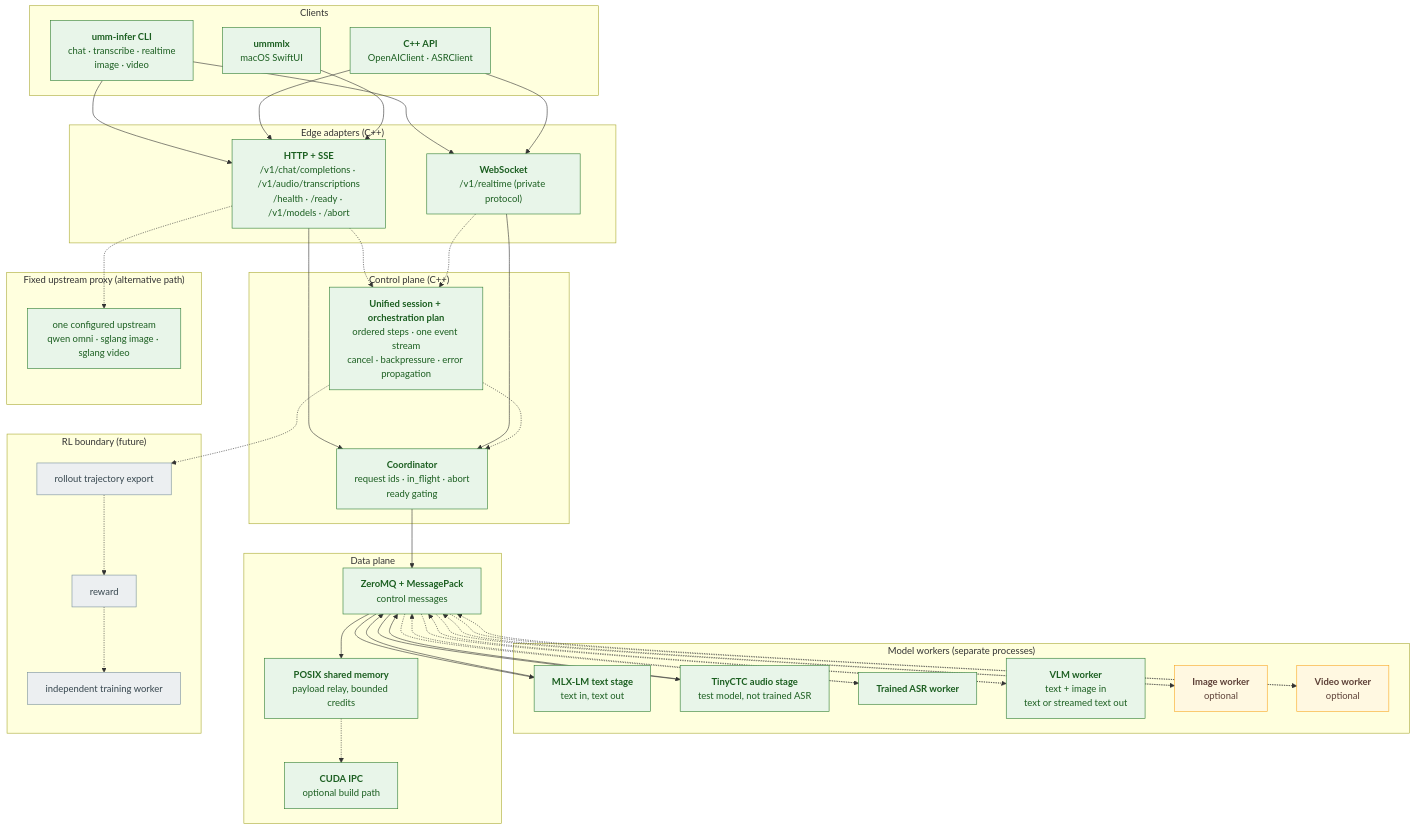
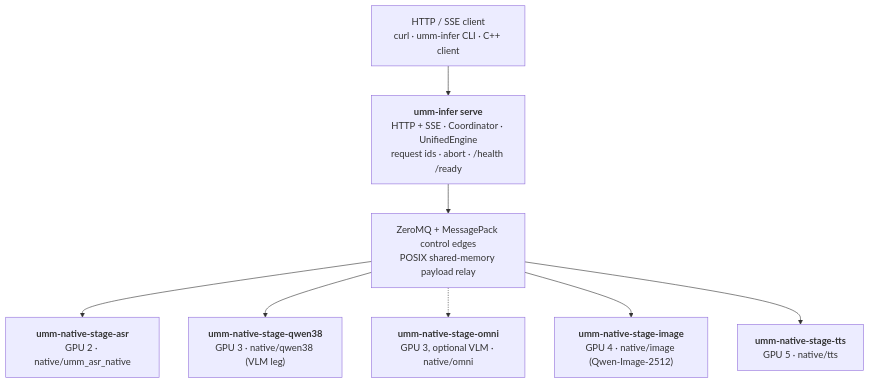
The diagram in README.md (thinkseek/ummInfer), drawn with Mermaid before and after one commit. The commit also changed other lines of this file, not shown here.

First line of the commit message:
Rewrite README for the native-only serving path

````diff
--- a/README.md
+++ b/README.md
@@ -29,86 +11,20 @@
 ```mermaid
 flowchart TB
-  subgraph clients["Clients"]
-    CLI["<b>umm-infer CLI</b><br/>chat · transcribe · realtime<br/>image · video"]
-    CPP["<b>C++ API</b><br/>OpenAIClient · ASRClient"]
-    SWIFT["<b>ummmlx</b><br/>macOS SwiftUI"]
-  end
+  CLIENT["HTTP / SSE client<br/>curl · umm-infer CLI · C++ client"]
+  SERVER["<b>umm-infer serve</b><br/>HTTP + SSE · Coordinator · UnifiedEngine<br/>request ids · abort · /health /ready"]
+  ZMQ["ZeroMQ + MessagePack control edges<br/>POSIX shared-memory payload relay"]
 
-  subgraph edge["Edge adapters (C++)"]
-    HTTP["<b>HTTP + SSE</b><br/>/v1/chat/completions · /v1/audio/transcriptions<br/>/health · /ready · /v1/models · /abort"]
-    WS["<b>WebSocket</b><br/>/v1/realtime (private protocol)"]
-  end
+  ASRG["<b>umm-native-stage-asr</b><br/>GPU 2 · native/umm_asr_native"]
+  VLM["<b>umm-native-stage-qwen38</b><br/>GPU 3 · native/qwen38 (VLM leg)"]
+  OMNI["<b>umm-native-stage-omni</b><br/>GPU 3, optional VLM · native/omni"]
+  IMGG["<b>umm-native-stage-image</b><br/>GPU 4 · native/image (Qwen-Image-2512)"]
+  TTSG["<b>umm-native-stage-tts</b><br/>GPU 5 · native/tts"]
 
-  subgraph control["Control plane (C++)"]
-    SESSION["<b>Unified session + orchestration plan</b><br/>ordered steps · one event stream<br/>cancel · backpressure · error propagation"]
-    COORD["<b>Coordinator</b><br/>request ids · in_flight · abort<br/>ready gating"]
-  end
-
-  subgraph workers["Model workers (separate processes)"]
-    MLXW["<b>MLX-LM text stage</b><br/>text in, text out"]
-    TCTCW["<b>TinyCTC audio stage</b><br/>test model, not trained ASR"]
-    ASRW["<b>Trained ASR worker</b>"]
-    VLMW["<b>VLM worker</b><br/>text + image in<br/>text or streamed text out"]
-    IMGW["<b>Image worker</b><br/>optional"]
-    VIDW["<b>Video worker</b><br/>optional"]
-  end
-
-  subgraph data["Data plane"]
-    ZMQ["<b>ZeroMQ + MessagePack</b><br/>control messages"]
-    SHM["<b>POSIX shared memory</b><br/>payload relay, bounded credits"]
-    CUDA["<b>CUDA IPC</b><br/>optional build path"]
-  end
-
-  subgraph upstream["Fixed upstream proxy (alternative path)"]
-    UP["one configured upstream<br/>qwen omni · sglang image · sglang video"]
-  end
-
-  subgraph rl["RL boundary (future)"]
-    EXPORT["rollout trajectory export"]
-    REWARD["reward"]
-    TRAIN["independent training worker"]
-  end
-
-  CLI --> HTTP
-  CLI --> WS
-  CPP --> HTTP
-  CPP --> WS
-  SWIFT --> HTTP
-
-  HTTP --> COORD
-  WS --> COORD
-  HTTP -.-> SESSION
-  WS -.-> SESSION
-  SESSION -.-> COORD
-  COORD --> ZMQ
-
-  ZMQ --> MLXW
-  ZMQ --> TCTCW
-  MLXW --> ZMQ
-  TCTCW --> ZMQ
-
-  ZMQ -.-> ASRW
-  ZMQ -.-> VLMW
-  ZMQ -.-> IMGW
-  ZMQ -.-> VIDW
-  ASRW -.-> ZMQ
-  VLMW -.-> ZMQ
-  IMGW -.-> ZMQ
-  VIDW -.-> ZMQ
-
-  ZMQ --> SHM
-  SHM -.-> CUDA
-
-  HTTP -.-> UP
-  SESSION -.-> EXPORT
-  EXPORT -.-> REWARD
-  REWARD -.-> TRAIN
-
-  classDef done fill:#e8f5e9,stroke:#2e7d32,color:#1b5e20
-  classDef plan fill:#fff8e1,stroke:#f9a825,color:#5d4037
-  classDef future fill:#eceff1,stroke:#78909c,color:#37474f
-
-  class CLI,CPP,SWIFT,HTTP,WS,COORD,ZMQ,SHM,CUDA,UP,MLXW,TCTCW,SESSION,ASRW,VLMW done
-  class IMGW,VIDW plan
-  class EXPORT,REWARD,TRAIN future
+  CLIENT --> SERVER
+  SERVER --> ZMQ
+  ZMQ --> ASRG
+  ZMQ --> VLM
+  ZMQ -.-> OMNI
+  ZMQ --> IMGG
+  ZMQ --> TTSG
 ```
````
